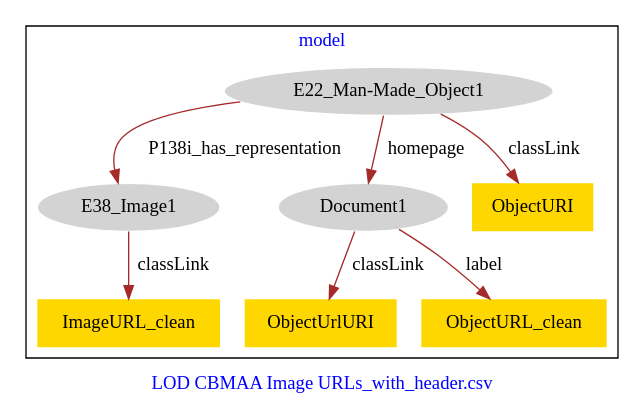
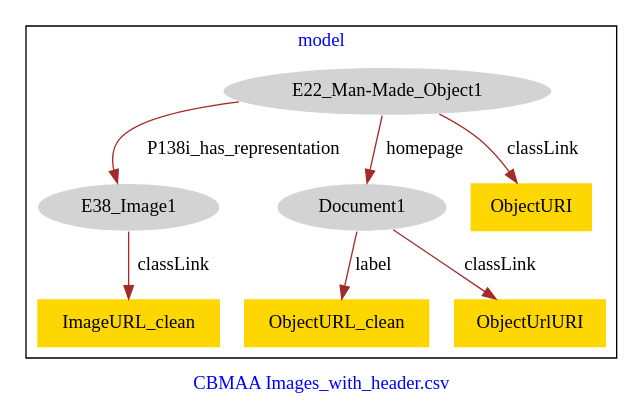
The diagram in CBMAA_URLs/CBMAA_URLs-model.dot (american-art/cbm), drawn with Graphviz before and after one commit.

Commit message:
Update file CBMAA_URLs-model.dot

```diff
--- a/CBMAA_URLs/CBMAA_URLs-model.dot
+++ b/CBMAA_URLs/CBMAA_URLs-model.dot
@@ -1,21 +1,21 @@
 digraph n0 {
 fontcolor="blue"
 remincross="true"
-label="LOD CBMAA Image URLs_with_header.csv"
+label="CBMAA Images_with_header.csv"
 subgraph cluster {
 label="model"
 n2[style="filled",color="white",fillcolor="lightgray",label="E22_Man-Made_Object1"];
 n3[style="filled",color="white",fillcolor="lightgray",label="E38_Image1"];
 n4[style="filled",color="white",fillcolor="lightgray",label="Document1"];
-n5[shape="plaintext",style="filled",fillcolor="gold",label="ObjectUrlURI"];
-n6[shape="plaintext",style="filled",fillcolor="gold",label="ObjectURI"];
+n5[shape="plaintext",style="filled",fillcolor="gold",label="ObjectURI"];
+n6[shape="plaintext",style="filled",fillcolor="gold",label="ObjectURL_clean"];
 n7[shape="plaintext",style="filled",fillcolor="gold",label="ImageURL_clean"];
-n8[shape="plaintext",style="filled",fillcolor="gold",label="ObjectURL_clean"];
+n8[shape="plaintext",style="filled",fillcolor="gold",label="ObjectUrlURI"];
 }
 n2 -> n3[color="brown",fontcolor="black",label="P138i_has_representation"]
 n2 -> n4[color="brown",fontcolor="black",label="homepage"]
-n4 -> n5[color="brown",fontcolor="black",label="classLink"]
-n2 -> n6[color="brown",fontcolor="black",label="classLink"]
+n2 -> n5[color="brown",fontcolor="black",label="classLink"]
+n4 -> n6[color="brown",fontcolor="black",label="label"]
 n3 -> n7[color="brown",fontcolor="black",label="classLink"]
-n4 -> n8[color="brown",fontcolor="black",label="label"]
+n4 -> n8[color="brown",fontcolor="black",label="classLink"]
 }
```
